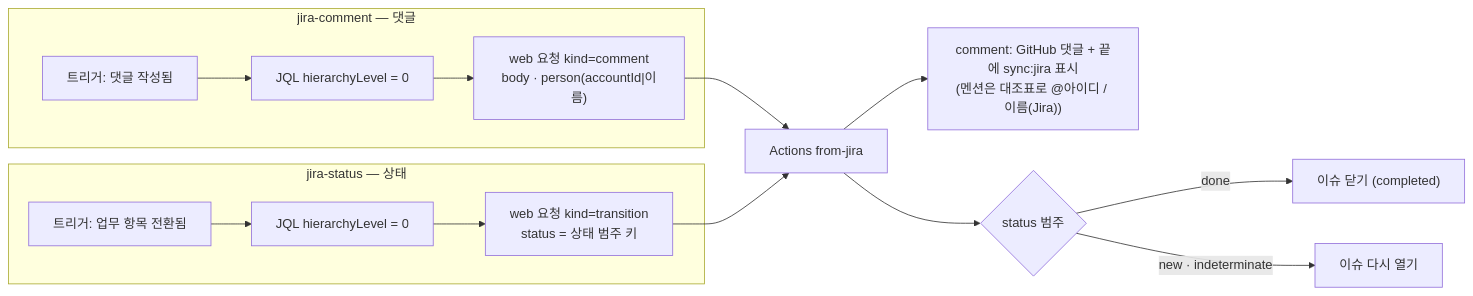
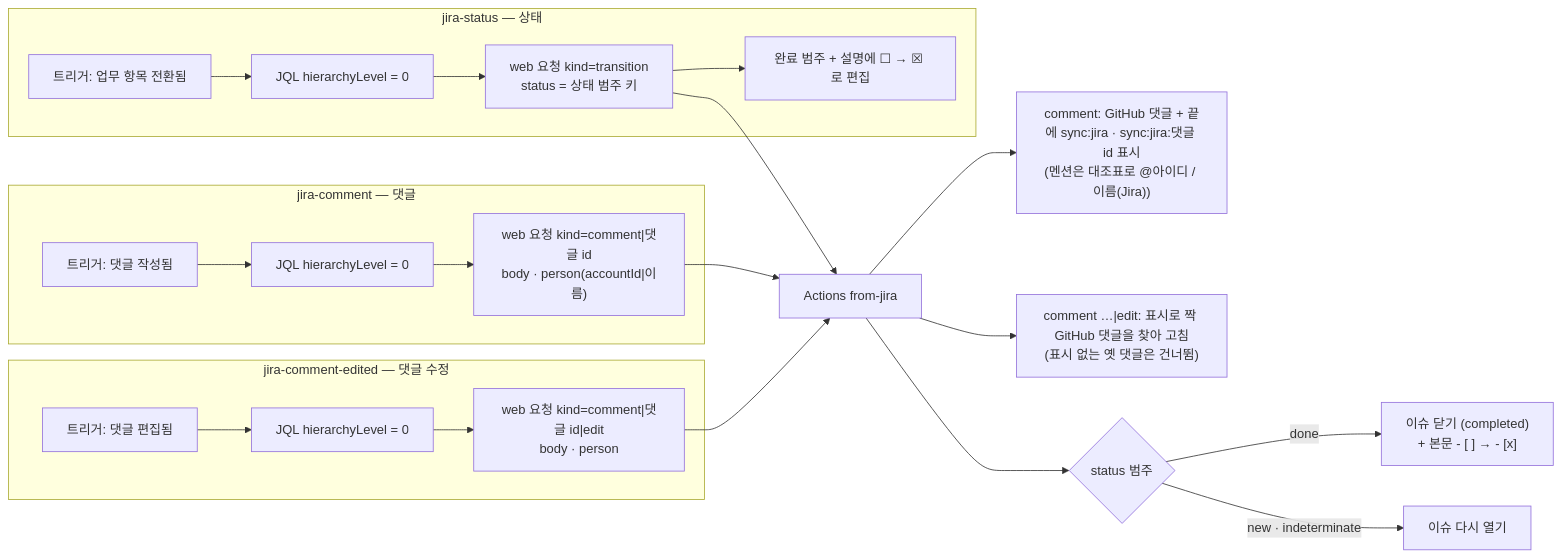
The fourth of 6 diagrams in issue-sync-install/adopt/02a-흐름도.md (nz-sdk/ai_skills), drawn with Mermaid before and after one commit. The commit also changed other lines of this file and 19 other files, not shown here.

````diff
--- a/issue-sync-install/adopt/02a-흐름도.md
+++ b/issue-sync-install/adopt/02a-흐름도.md
@@ -99,15 +102,21 @@
 ```mermaid
 flowchart LR
   subgraph R4["jira-comment — 댓글"]
-    C1["트리거: 댓글 작성됨"] --> C2["JQL hierarchyLevel = 0"] --> C3["web 요청 kind=comment<br/>body · person(accountId|이름)"]
+    C1["트리거: 댓글 작성됨"] --> C2["JQL hierarchyLevel = 0"] --> C3["web 요청 kind=comment|댓글 id<br/>body · person(accountId|이름)"]
+  end
+  subgraph R6["jira-comment-edited — 댓글 수정"]
+    E1["트리거: 댓글 편집됨"] --> E2["JQL hierarchyLevel = 0"] --> E3["web 요청 kind=comment|댓글 id|edit<br/>body · person"]
   end
   subgraph R5["jira-status — 상태"]
     D1["트리거: 업무 항목 전환됨"] --> D2["JQL hierarchyLevel = 0"] --> D3["web 요청 kind=transition<br/>status = 상태 범주 키"]
+    D3 --> D4["완료 범주 + 설명에 ☐ → ☒ 로 편집"]
   end
   C3 --> W["Actions from-jira"]
+  E3 --> W
   D3 --> W
-  W --> X1["comment: GitHub 댓글 + 끝에 sync:jira 표시<br/>(멘션은 대조표로 @아이디 / 이름(Jira))"]
+  W --> X1["comment: GitHub 댓글 + 끝에 sync:jira · sync:jira:댓글 id 표시<br/>(멘션은 대조표로 @아이디 / 이름(Jira))"]
+  W --> X5["comment …|edit: 표시로 짝 GitHub 댓글을 찾아 고침<br/>(표시 없는 옛 댓글은 건너뜀)"]
   W --> X2{"status 범주"}
-  X2 -- "done" --> X3["이슈 닫기 (completed)"]
+  X2 -- "done" --> X3["이슈 닫기 (completed)<br/>+ 본문 - [ ] → - [x]"]
   X2 -- "new · indeterminate" --> X4["이슈 다시 열기"]
 ```
````
